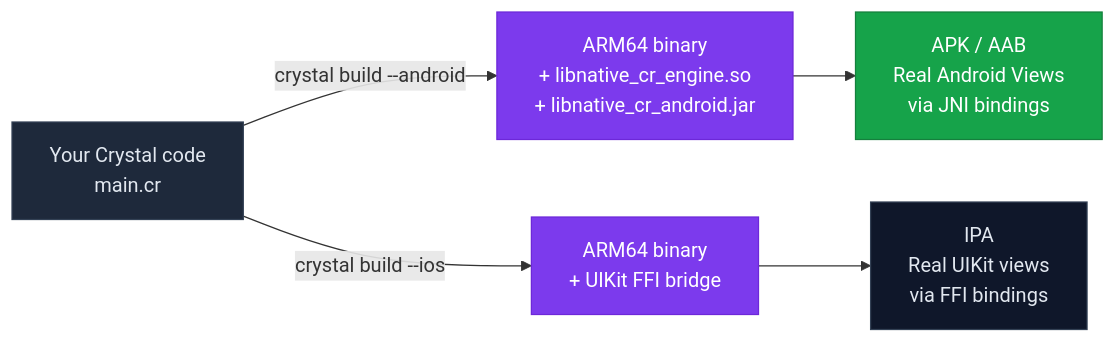
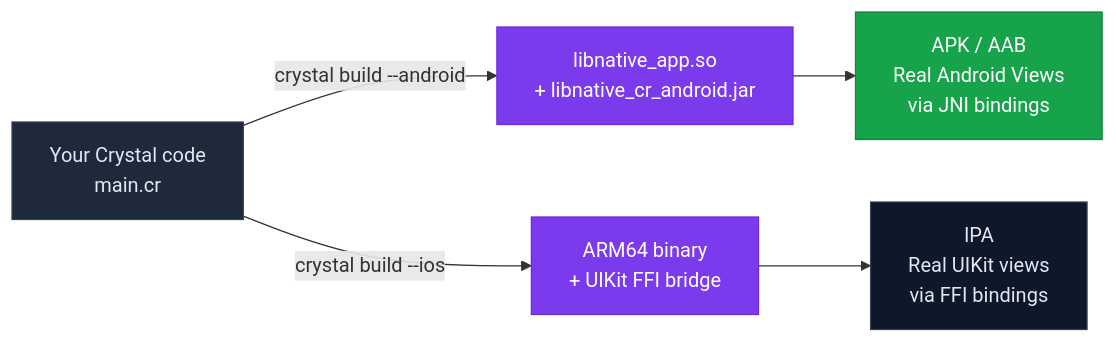
One commit to slick-lab/native.cr changed the first of 5 diagrams in README.md. Above: the diagram before and after it, drawn with Mermaid. The commit also changed other lines of this file and 11 other files, not shown here.

````diff
--- a/README.md
+++ b/README.md
@@ -45,13 +45,13 @@
 ```mermaid
 graph LR
-    A["Your Crystal code\nmain.cr"] -->|crystal build --android| B["ARM64 binary\n+ libnative_cr_engine.so\n+ libnative_cr_android.jar"]
+    A["Your Crystal code\nmain.cr"] -->|crystal build --android| B["libnative_app.so\n+ libnative_cr_android.jar"]
     A -->|crystal build --ios| E["ARM64 binary\n+ UIKit FFI bridge"]
     B --> C["APK / AAB\nReal Android Views\nvia JNI bindings"]
     E --> D["IPA\nReal UIKit views\nvia FFI bindings"]
 
     style A fill:#1e293b,color:#e2e8f0,stroke:#334155
     style B fill:#7c3aed,color:#fff,stroke:#6d28d9
     style E fill:#7c3aed,color:#fff,stroke:#6d28d9
     style C fill:#16a34a,color:#fff,stroke:#15803d
     style D fill:#0f172a,color:#e2e8f0,stroke:#334155
 ```
````
